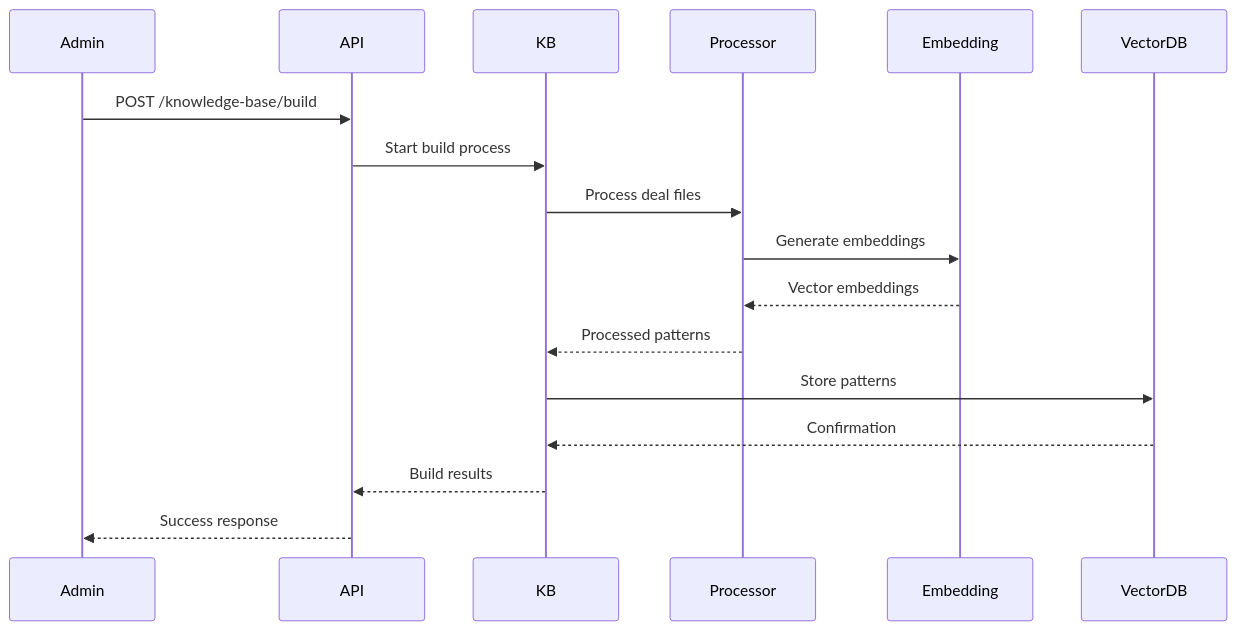
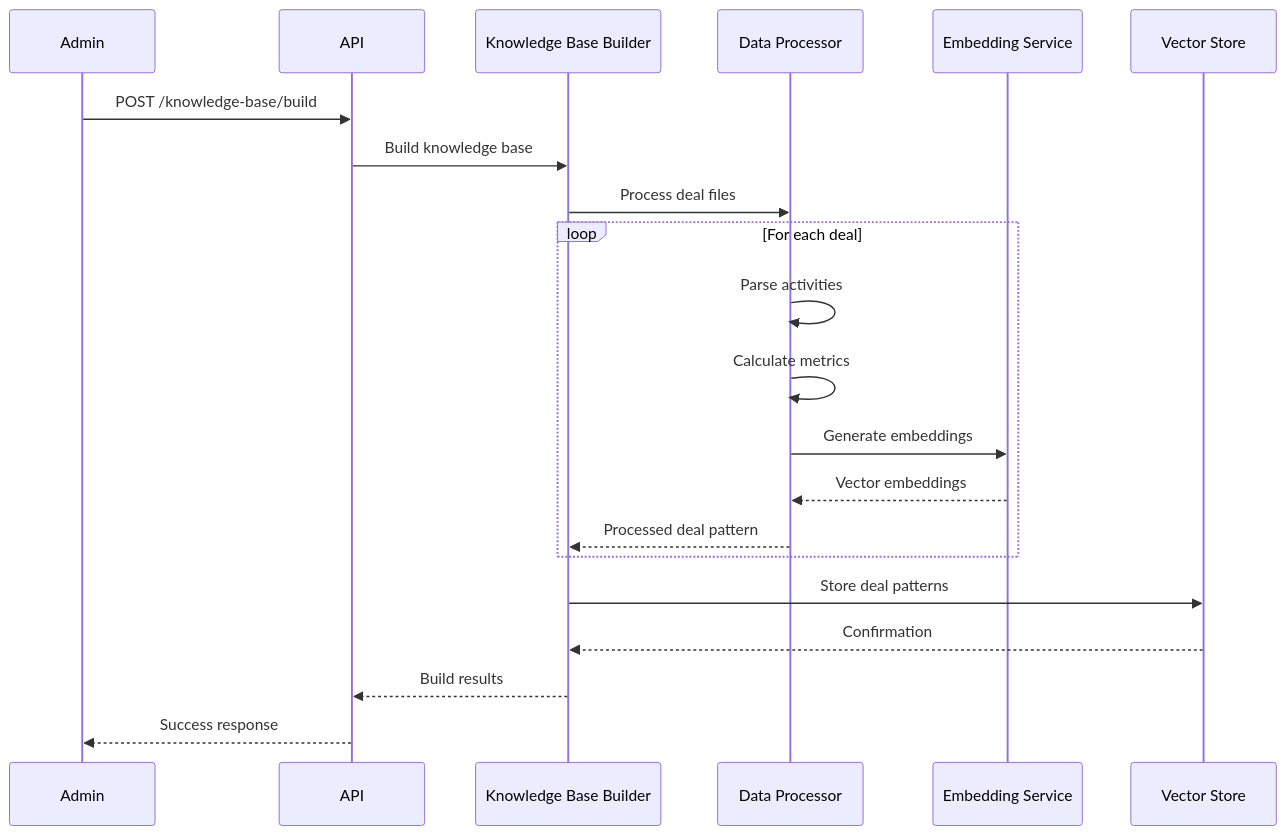
One commit to thouartmammal/SPSA changed the fourth of 4 diagrams in README.md. Above: the diagram before and after it, drawn with Mermaid. The commit also changed other lines of this file, not shown here.

````diff
--- a/README.md
+++ b/README.md
@@ -312,20 +183,26 @@
 ```mermaid
 sequenceDiagram
     participant Admin
     participant API
-    participant KB
-    participant Processor
-    participant Embedding
-    participant VectorDB
+    participant KB as Knowledge Base Builder
+    participant DP as Data Processor
+    participant EMB as Embedding Service
+    participant VS as Vector Store
     
     Admin->>API: POST /knowledge-base/build
-    API->>KB: Start build process
-    KB->>Processor: Process deal files
-    Processor->>Embedding: Generate embeddings
-    Embedding-->>Processor: Vector embeddings
-    Processor-->>KB: Processed patterns
-    KB->>VectorDB: Store patterns
-    VectorDB-->>KB: Confirmation
+    API->>KB: Build knowledge base
+    KB->>DP: Process deal files
+    
+    loop For each deal
+        DP->>DP: Parse activities
+        DP->>DP: Calculate metrics
+        DP->>EMB: Generate embeddings
+        EMB-->>DP: Vector embeddings
+        DP-->>KB: Processed deal pattern
+    end
+    
+    KB->>VS: Store deal patterns
+    VS-->>KB: Confirmation
     KB-->>API: Build results
     API-->>Admin: Success response
 ```
````
